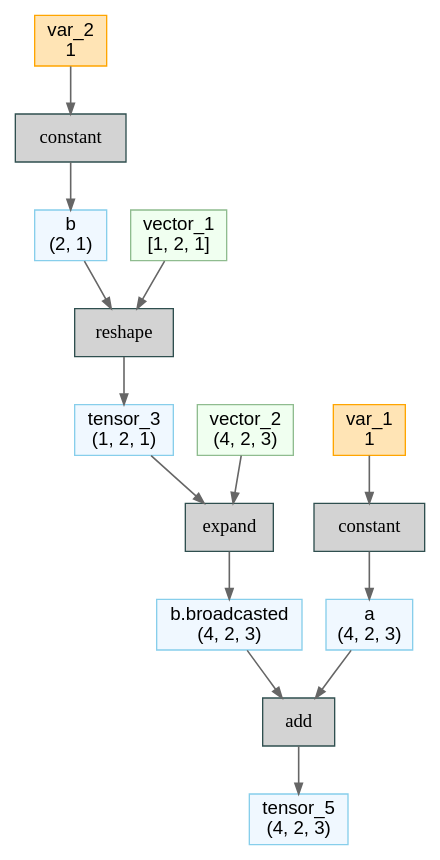
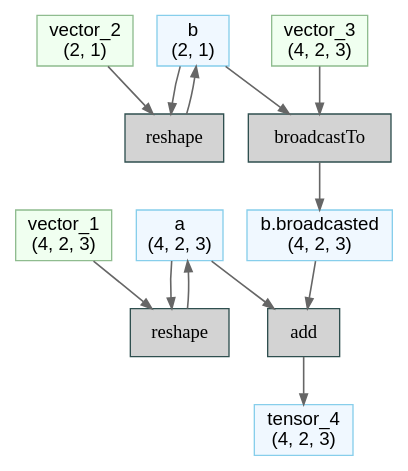
One commit to zhaziqwe/deepx changed the diagram in front/py/examples/2_ir/4_changeshape_broadcast.dot. Above: the diagram before and after it, drawn with Graphviz. The commit also changed 30 other files, not shown here.

First line of the commit message:
reshape、transpose、concat、broadcast_to (#17)

```diff
--- a/front/py/examples/2_ir/4_changeshape_broadcast.dot
+++ b/front/py/examples/2_ir/4_changeshape_broadcast.dot
@@ -1,41 +1,35 @@
 // Computational Graph
 digraph {
 	rankdir=TB
 	node [shape=record]
-	128096220888320 [label="a
+	139260210680960 [label="a
 (4, 2, 3)" color=skyblue fillcolor=aliceblue fontname="Sans-Serif" labeljust=l shape=box style=filled]
-	128096220884576 [label=constant color=darkslategray fillcolor=lightgray fontname="Courier Bold" labeljust=l shape=box style=filled]
-	128096220884528 [label="var_1
-1" color=orange fillcolor=moccasin fontname="Sans-Serif" labeljust=l shape=box style=filled]
-	128096220884624 [label="b
+	139258236846528 [label=reshape color=darkslategray fillcolor=lightgray fontname="Courier Bold" labeljust=l shape=box style=filled]
+	139260210690752 [label="vector_1
+(4, 2, 3)" color=darkseagreen fillcolor=honeydew fontname="Sans-Serif" labeljust=l shape=box style=filled]
+	139258235360000 [label="b
 (2, 1)" color=skyblue fillcolor=aliceblue fontname="Sans-Serif" labeljust=l shape=box style=filled]
-	128096220884432 [label=constant color=darkslategray fillcolor=lightgray fontname="Courier Bold" labeljust=l shape=box style=filled]
-	128096220884480 [label="var_2
-1" color=orange fillcolor=moccasin fontname="Sans-Serif" labeljust=l shape=box style=filled]
-	128096220884336 [label="tensor_3
-(1, 2, 1)" color=skyblue fillcolor=aliceblue fontname="Sans-Serif" labeljust=l shape=box style=filled]
-	128096220884048 [label=reshape color=darkslategray fillcolor=lightgray fontname="Courier Bold" labeljust=l shape=box style=filled]
-	128096220884096 [label="vector_1
-[1, 2, 1]" color=darkseagreen fillcolor=honeydew fontname="Sans-Serif" labeljust=l shape=box style=filled]
-	128096220883952 [label="b.broadcasted
+	139258235359616 [label=reshape color=darkslategray fillcolor=lightgray fontname="Courier Bold" labeljust=l shape=box style=filled]
+	139258235359856 [label="vector_2
+(2, 1)" color=darkseagreen fillcolor=honeydew fontname="Sans-Serif" labeljust=l shape=box style=filled]
+	139258235360048 [label="b.broadcasted
 (4, 2, 3)" color=skyblue fillcolor=aliceblue fontname="Sans-Serif" labeljust=l shape=box style=filled]
-	128096220883664 [label=expand color=darkslategray fillcolor=lightgray fontname="Courier Bold" labeljust=l shape=box style=filled]
-	128096220883712 [label="vector_2
+	139258235360096 [label=broadcastTo color=darkslategray fillcolor=lightgray fontname="Courier Bold" labeljust=l shape=box style=filled]
+	139258235360576 [label="vector_3
 (4, 2, 3)" color=darkseagreen fillcolor=honeydew fontname="Sans-Serif" labeljust=l shape=box style=filled]
-	128096220883472 [label=add color=darkslategray fillcolor=lightgray fontname="Courier Bold" labeljust=l shape=box style=filled]
-	128096220883376 [label="tensor_5
+	139258235360240 [label=add color=darkslategray fillcolor=lightgray fontname="Courier Bold" labeljust=l shape=box style=filled]
+	139258235360480 [label="tensor_4
 (4, 2, 3)" color=skyblue fillcolor=aliceblue fontname="Sans-Serif" labeljust=l shape=box style=filled]
-	128096220884576 -> 128096220888320 [arrowsize=0.8 color=gray40 penwidth=1.2]
-	128096220884528 -> 128096220884576 [arrowsize=0.8 color=gray40 penwidth=1.2]
-	128096220884432 -> 128096220884624 [arrowsize=0.8 color=gray40 penwidth=1.2]
-	128096220884480 -> 128096220884432 [arrowsize=0.8 color=gray40 penwidth=1.2]
-	128096220884048 -> 128096220884336 [arrowsize=0.8 color=gray40 penwidth=1.2]
-	128096220884624 -> 128096220884048 [arrowsize=0.8 color=gray40 penwidth=1.2]
-	128096220884096 -> 128096220884048 [arrowsize=0.8 color=gray40 penwidth=1.2]
-	128096220883664 -> 128096220883952 [arrowsize=0.8 color=gray40 penwidth=1.2]
-	128096220884336 -> 128096220883664 [arrowsize=0.8 color=gray40 penwidth=1.2]
-	128096220883712 -> 128096220883664 [arrowsize=0.8 color=gray40 penwidth=1.2]
-	128096220888320 -> 128096220883472 [arrowsize=0.8 color=gray40 penwidth=1.2]
-	128096220883952 -> 128096220883472 [arrowsize=0.8 color=gray40 penwidth=1.2]
-	128096220883472 -> 128096220883376 [arrowsize=0.8 color=gray40 penwidth=1.2]
+	139258236846528 -> 139260210680960 [arrowsize=0.8 color=gray40 penwidth=1.2]
+	139260210680960 -> 139258236846528 [arrowsize=0.8 color=gray40 penwidth=1.2]
+	139260210690752 -> 139258236846528 [arrowsize=0.8 color=gray40 penwidth=1.2]
+	139258235359616 -> 139258235360000 [arrowsize=0.8 color=gray40 penwidth=1.2]
+	139258235360000 -> 139258235359616 [arrowsize=0.8 color=gray40 penwidth=1.2]
+	139258235359856 -> 139258235359616 [arrowsize=0.8 color=gray40 penwidth=1.2]
+	139258235360096 -> 139258235360048 [arrowsize=0.8 color=gray40 penwidth=1.2]
+	139258235360000 -> 139258235360096 [arrowsize=0.8 color=gray40 penwidth=1.2]
+	139258235360576 -> 139258235360096 [arrowsize=0.8 color=gray40 penwidth=1.2]
+	139260210680960 -> 139258235360240 [arrowsize=0.8 color=gray40 penwidth=1.2]
+	139258235360048 -> 139258235360240 [arrowsize=0.8 color=gray40 penwidth=1.2]
+	139258235360240 -> 139258235360480 [arrowsize=0.8 color=gray40 penwidth=1.2]
 }
```
